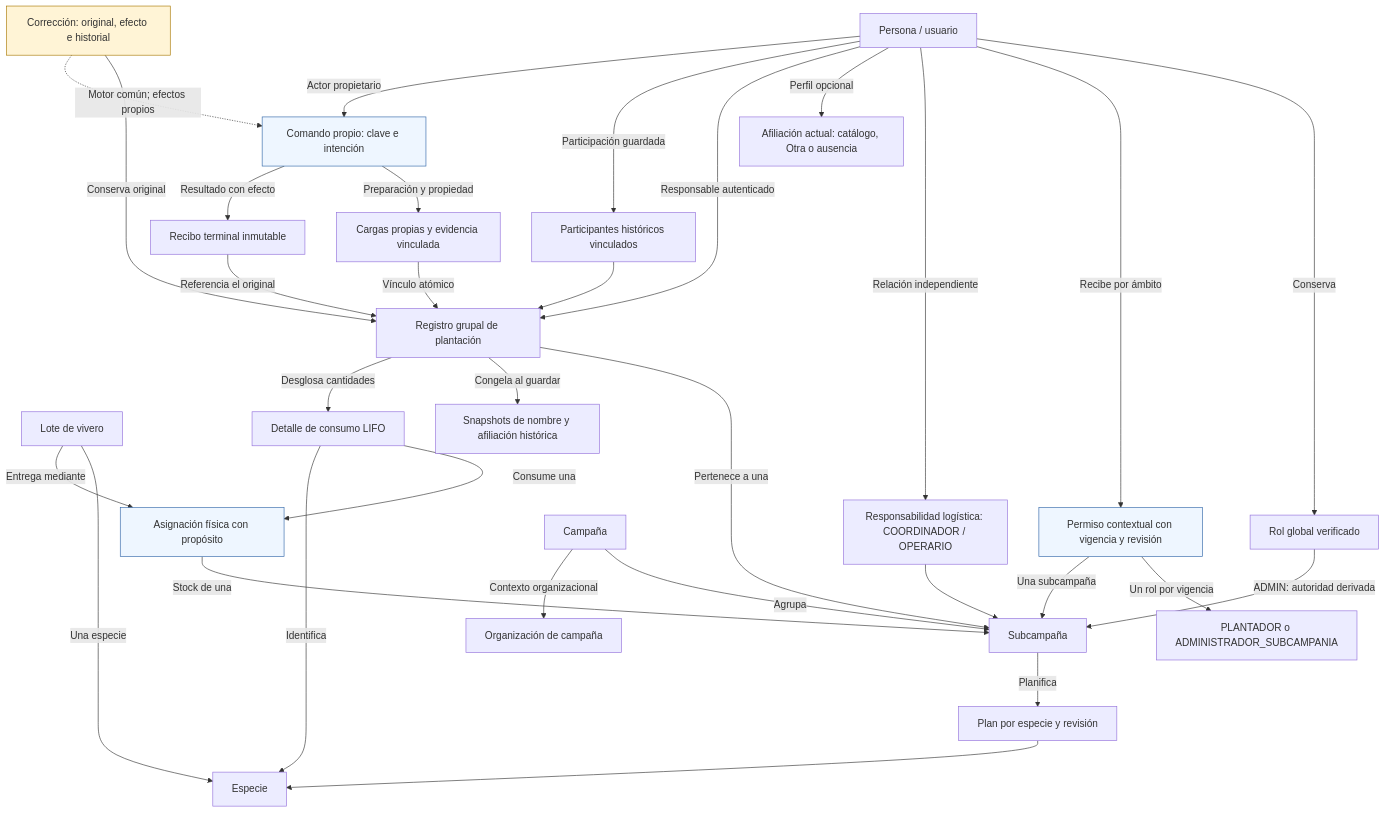
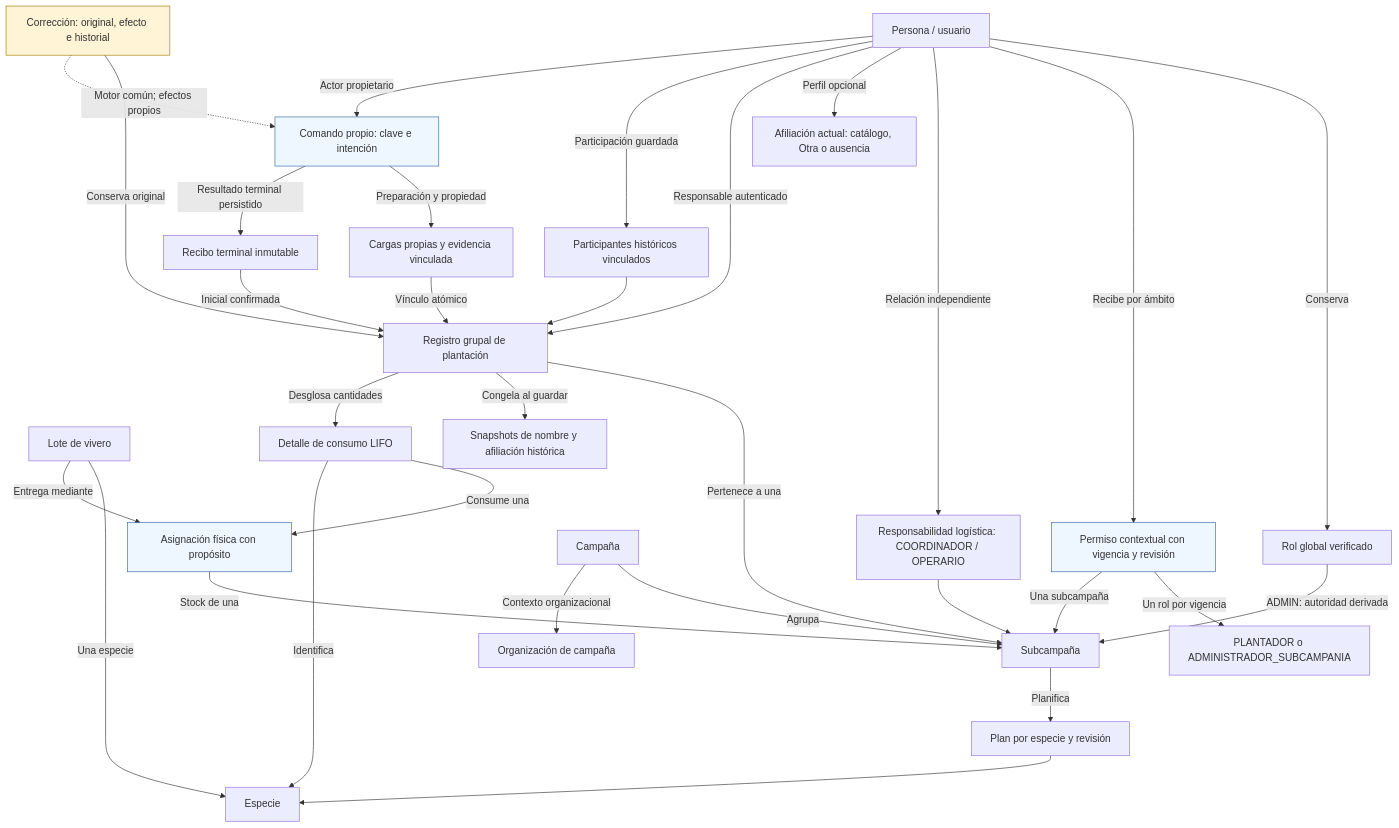
The diagram in specs/plantacion/participacion-aliada/diagramas/PA-D04-modelo-conceptual.mmd (R3foresta/r3foresta-docs), drawn with Mermaid before and after one commit. The commit also changed 15 other files, not shown here.

```diff
--- a/specs/plantacion/participacion-aliada/diagramas/PA-D04-modelo-conceptual.mmd
+++ b/specs/plantacion/participacion-aliada/diagramas/PA-D04-modelo-conceptual.mmd
@@ -1,56 +1,56 @@
 flowchart TB
   person["Persona / usuario"]
   globalRole["Rol global verificado"]
   permission["Permiso contextual con vigencia y revisión"]
   contextualRole["PLANTADOR o ADMINISTRADOR_SUBCAMPANIA"]
   logistics["Responsabilidad logística: COORDINADOR / OPERARIO"]
   campaign["Campaña"]
   subcampaign["Subcampaña"]
   plan["Plan por especie y revisión"]
   species["Especie"]
   lot["Lote de vivero"]
   allocation["Asignación física con propósito"]
   record["Registro grupal de plantación"]
   detail["Detalle de consumo LIFO"]
   participants["Participantes históricos vinculados"]
   snapshots["Snapshots de nombre y afiliación histórica"]
   currentAffiliation["Afiliación actual: catálogo, Otra o ausencia"]
   organization["Organización de campaña"]
   command["Comando propio: clave e intención"]
   receipt["Recibo terminal inmutable"]
   photos["Cargas propias y evidencia vinculada"]
   correction["Corrección: original, efecto e historial"]
 
   person -->|"Conserva"| globalRole
   globalRole -->|"ADMIN: autoridad derivada"| subcampaign
   person -->|"Recibe por ámbito"| permission
   permission -->|"Un rol por vigencia"| contextualRole
   permission -->|"Una subcampaña"| subcampaign
   person -->|"Relación independiente"| logistics
   logistics --> subcampaign
   campaign -->|"Agrupa"| subcampaign
   campaign -->|"Contexto organizacional"| organization
   person -->|"Perfil opcional"| currentAffiliation
   person -->|"Responsable autenticado"| record
   person -->|"Participación guardada"| participants
   participants --> record
   subcampaign -->|"Planifica"| plan --> species
   lot -->|"Una especie"| species
   lot -->|"Entrega mediante"| allocation
   allocation -->|"Stock de una"| subcampaign
   record -->|"Pertenece a una"| subcampaign
   record -->|"Congela al guardar"| snapshots
   record -->|"Desglosa cantidades"| detail
   detail -->|"Consume una"| allocation
   detail -->|"Identifica"| species
   person -->|"Actor propietario"| command
   command -->|"Preparación y propiedad"| photos
   photos -->|"Vínculo atómico"| record
-  command -->|"Resultado con efecto"| receipt
-  receipt -->|"Referencia el original"| record
+  command -->|"Resultado terminal persistido"| receipt
+  receipt -->|"Inicial confirmada"| record
   correction -->|"Conserva original"| record
   correction -.->|"Motor común; efectos propios"| command
   style permission fill:#EEF6FF,stroke:#3267A8
   style allocation fill:#EEF6FF,stroke:#3267A8
   style command fill:#EEF6FF,stroke:#3267A8
   style correction fill:#FFF4D6,stroke:#A87700
```
